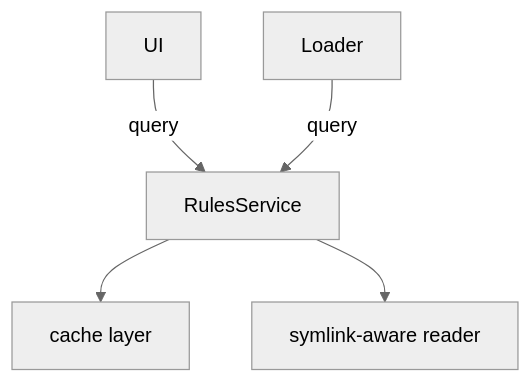
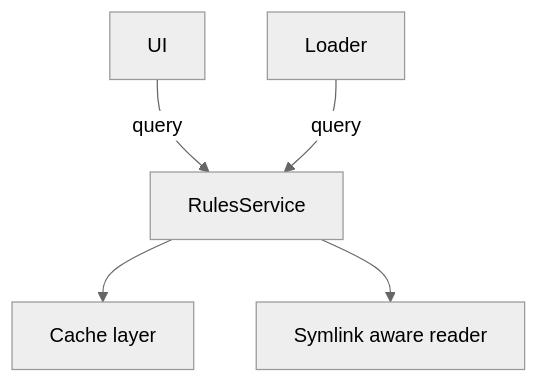
One commit to mschulkind/kilocode changed the third of 3 diagrams in plans/UNIFY_RULES_DISCOVERY_PLAN.md. Above: the diagram before and after it, drawn with Mermaid (neutral theme). The commit also changed other lines of this file, not shown here.

Commit message:
docs(plans): fix mermaid labels in UNIFY_RULES_DISCOVERY_PLAN

````diff
--- a/plans/UNIFY_RULES_DISCOVERY_PLAN.md
+++ b/plans/UNIFY_RULES_DISCOVERY_PLAN.md
@@ -78,7 +78,7 @@
 ```mermaid
 graph TD
   UI[UI] -->|query| S[RulesService]
   Loader[Loader] -->|query| S
-  S --> Cache[cache layer]
-  S --> Reader[symlink-aware reader]
+  S --> Cache[Cache layer]
+  S --> Reader[Symlink aware reader]
 ```
````
